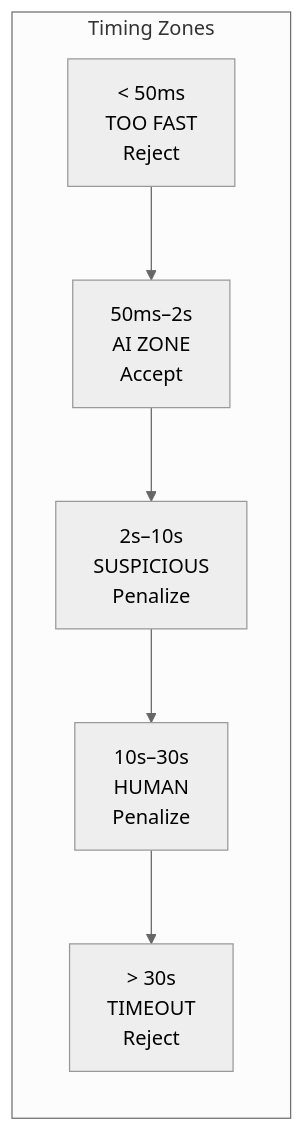
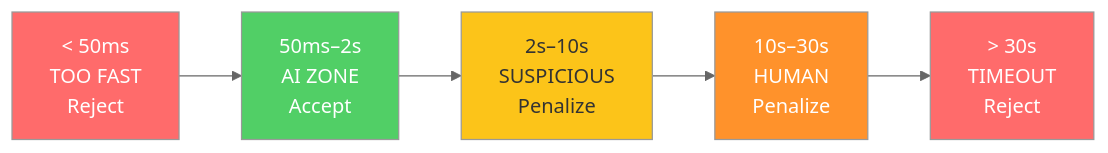
Before and after one commit to dyshay/agentauth: the third of 4 diagrams in README.md, drawn with Mermaid (neutral theme).

Commit message:
docs: fix timing zones Mermaid to render horizontally

````diff
--- a/README.md
+++ b/README.md
@@ -216,11 +216,10 @@
 ```mermaid
 graph LR
-    subgraph Timing Zones
-        TF["< 50ms<br/>TOO FAST<br/>Reject"]
-        AI["50ms–2s<br/>AI ZONE<br/>Accept"]
-        SU["2s–10s<br/>SUSPICIOUS<br/>Penalize"]
-        HU["10s–30s<br/>HUMAN<br/>Penalize"]
-        TO["> 30s<br/>TIMEOUT<br/>Reject"]
-    end
-    TF --> AI --> SU --> HU --> TO
+    TF["< 50ms<br/>TOO FAST<br/>Reject"] --> AI["50ms–2s<br/>AI ZONE<br/>Accept"] --> SU["2s–10s<br/>SUSPICIOUS<br/>Penalize"] --> HU["10s–30s<br/>HUMAN<br/>Penalize"] --> TO["> 30s<br/>TIMEOUT<br/>Reject"]
+
+    style TF fill:#ff6b6b,color:#fff
+    style AI fill:#51cf66,color:#fff
+    style SU fill:#fcc419,color:#333
+    style HU fill:#ff922b,color:#fff
+    style TO fill:#ff6b6b,color:#fff
 ```
````
